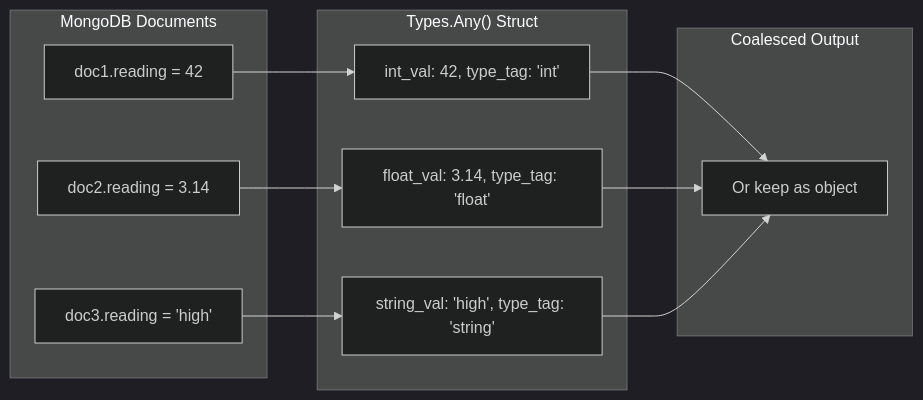
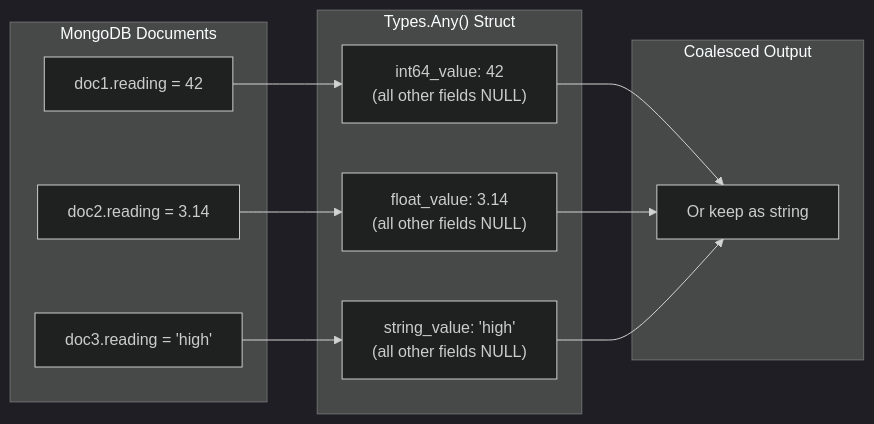
Before and after one commit to XLR8-DB/xlr8: the sixth of 6 diagrams in README.md, drawn with Mermaid (dark theme). The commit also changed other lines of this file, not shown here.

````diff
--- a/README.md
+++ b/README.md
@@ -495,20 +520,20 @@
 ```mermaid
 flowchart LR
     subgraph Input["MongoDB Documents"]
         D1["doc1.reading = 42"]
         D2["doc2.reading = 3.14"]
         D3["doc3.reading = 'high'"]
     end
     
     subgraph Storage["Types.Any() Struct"]
-        D1 --> S1["int_val: 42, type_tag: 'int'"]
-        D2 --> S2["float_val: 3.14, type_tag: 'float'"]
-        D3 --> S3["string_val: 'high', type_tag: 'string'"]
+        D1 --> S1["int64_value: 42<br/>(all other fields NULL)"]
+        D2 --> S2["float_value: 3.14<br/>(all other fields NULL)"]
+        D3 --> S3["string_value: 'high'<br/>(all other fields NULL)"]
     end
     
     subgraph Output["Coalesced Output"]
         S1 --> C["Coalesce to float: 42.0"]
         S2 --> C
-        S3 --> C["Or keep as object"]
+        S3 --> C["Or keep as string"]
     end
 ```
````
